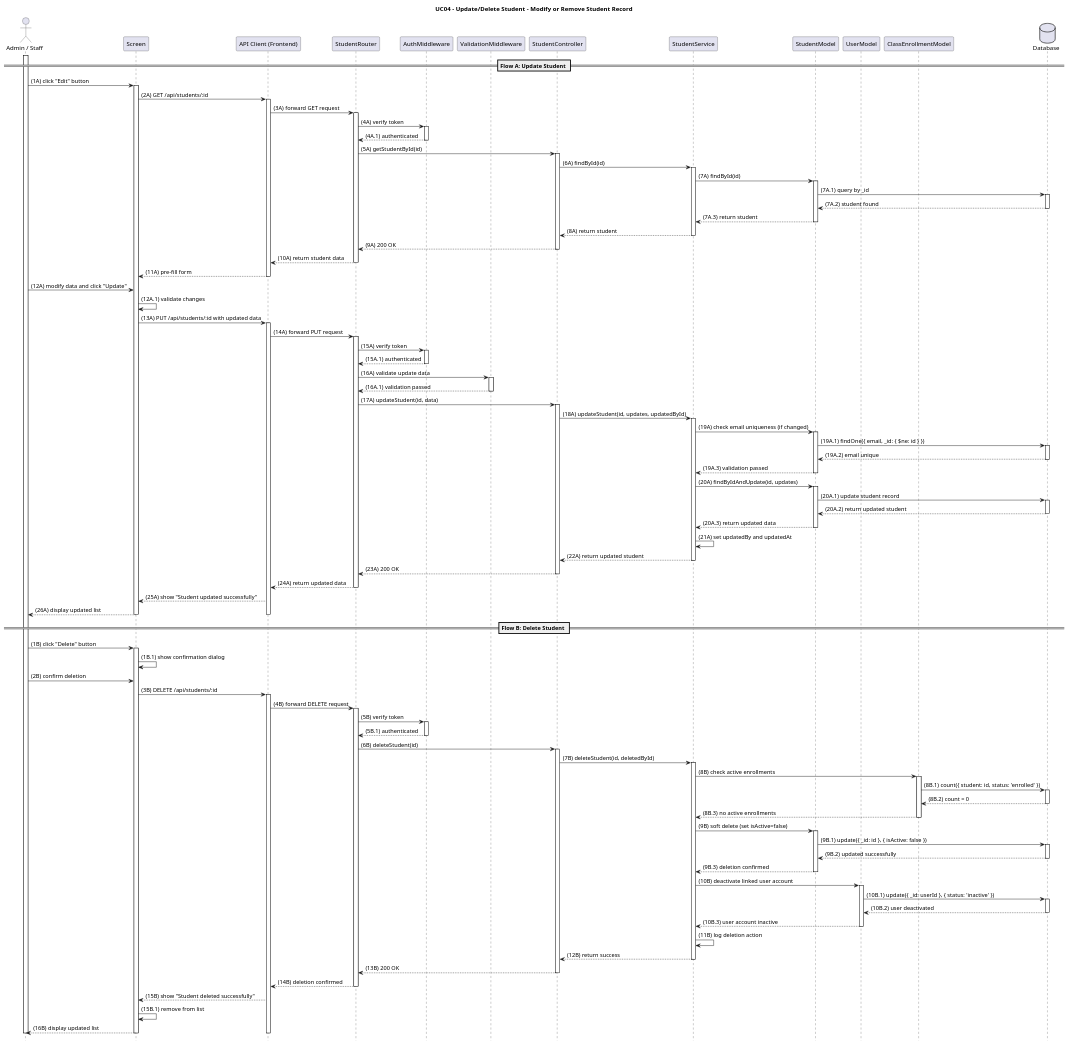
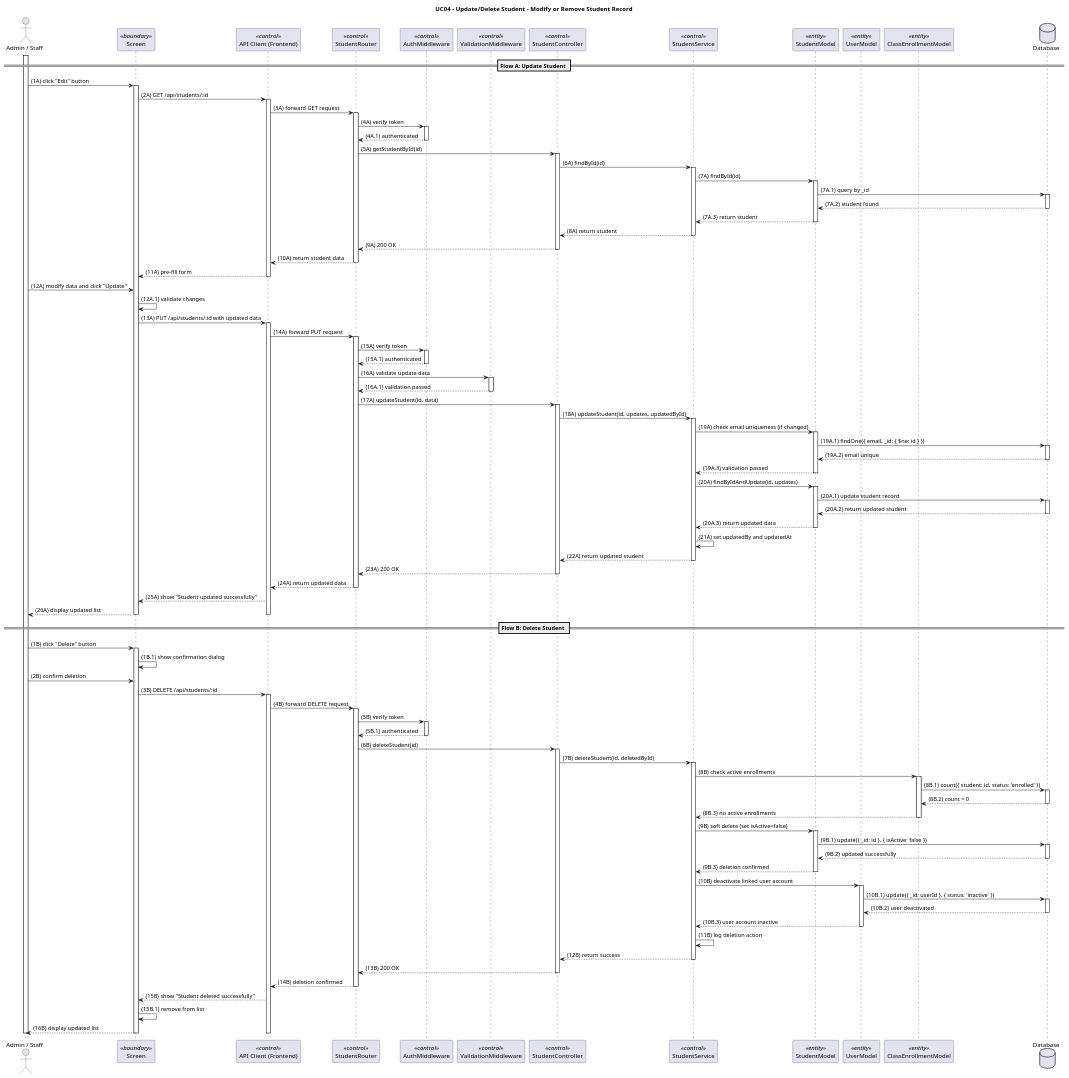
One commit to oanhntkce181400-poon/WDP391_SE1808_Group02_SSMS changed the diagram in backend-api/diagrams/UC04_Update_Delete_Student.puml. Above: the diagram before and after it, drawn with PlantUML. The commit also changed 38 other files, not shown here.

Commit message:
feat: stabilize enrollment, lecturer, and schedule flows

```diff
--- a/backend-api/diagrams/UC04_Update_Delete_Student.puml
+++ b/backend-api/diagrams/UC04_Update_Delete_Student.puml
@@ -1,162 +1,161 @@
 @startuml
 title UC04 - Update/Delete Student - Modify or Remove Student Record
 
-hide footbox
-
-actor PrimaryActor as "Admin / Staff"
-participant Screen as "Screen"
-participant APIClient as "API Client (Frontend)"
-participant StudentRouter as "StudentRouter"
-participant AuthMiddleware as "AuthMiddleware"
-participant ValidationMiddleware as "ValidationMiddleware"
-participant StudentController as "StudentController"
-participant StudentService as "StudentService"
-participant StudentModel as "StudentModel"
-participant UserModel as "UserModel"
-participant ClassEnrollmentModel as "ClassEnrollmentModel"
-database DB as "Database"
-
+skinparam participantStyle rectangle
+skinparam shadowing false
+actor "Admin / Staff" as PrimaryActor
+participant "Screen" as Screen <<boundary>>
+participant "API Client (Frontend)" as APIClient <<control>>
+participant "StudentRouter" as StudentRouter <<control>>
+participant "AuthMiddleware" as AuthMiddleware <<control>>
+participant "ValidationMiddleware" as ValidationMiddleware <<control>>
+participant "StudentController" as StudentController <<control>>
+participant "StudentService" as StudentService <<control>>
+participant "StudentModel" as StudentModel <<entity>>
+participant "UserModel" as UserModel <<entity>>
+participant "ClassEnrollmentModel" as ClassEnrollmentModel <<entity>>
+database "Database" as DB
 == Flow A: Update Student ==
 
 activate PrimaryActor
 PrimaryActor -> Screen: (1A) click "Edit" button
 activate Screen
 Screen -> APIClient: (2A) GET /api/students/:id
 activate APIClient
 APIClient -> StudentRouter: (3A) forward GET request
 activate StudentRouter
 StudentRouter -> AuthMiddleware: (4A) verify token
 activate AuthMiddleware
 AuthMiddleware --> StudentRouter: (4A.1) authenticated
 deactivate AuthMiddleware
 StudentRouter -> StudentController: (5A) getStudentById(id)
 activate StudentController
 StudentController -> StudentService: (6A) findById(id)
 activate StudentService
 StudentService -> StudentModel: (7A) findById(id)
 activate StudentModel
 StudentModel -> DB: (7A.1) query by _id
 activate DB
 DB --> StudentModel: (7A.2) student found
 deactivate DB
 StudentModel --> StudentService: (7A.3) return student
 deactivate StudentModel
 StudentService --> StudentController: (8A) return student
 deactivate StudentService
 StudentController --> StudentRouter: (9A) 200 OK
 deactivate StudentController
 StudentRouter --> APIClient: (10A) return student data
 deactivate StudentRouter
 APIClient --> Screen: (11A) pre-fill form
 deactivate APIClient
 
 PrimaryActor -> Screen: (12A) modify data and click "Update"
 Screen -> Screen: (12A.1) validate changes
 Screen -> APIClient: (13A) PUT /api/students/:id with updated data
 activate APIClient
 APIClient -> StudentRouter: (14A) forward PUT request
 activate StudentRouter
 StudentRouter -> AuthMiddleware: (15A) verify token
 activate AuthMiddleware
 AuthMiddleware --> StudentRouter: (15A.1) authenticated
 deactivate AuthMiddleware
 StudentRouter -> ValidationMiddleware: (16A) validate update data
 activate ValidationMiddleware
 ValidationMiddleware --> StudentRouter: (16A.1) validation passed
 deactivate ValidationMiddleware
 StudentRouter -> StudentController: (17A) updateStudent(id, data)
 activate StudentController
 StudentController -> StudentService: (18A) updateStudent(id, updates, updatedById)
 activate StudentService
 
 StudentService -> StudentModel: (19A) check email uniqueness (if changed)
 activate StudentModel
 StudentModel -> DB: (19A.1) findOne({ email, _id: { $ne: id } })
 activate DB
 DB --> StudentModel: (19A.2) email unique
 deactivate DB
 StudentModel --> StudentService: (19A.3) validation passed
 deactivate StudentModel
 
 StudentService -> StudentModel: (20A) findByIdAndUpdate(id, updates)
 activate StudentModel
 StudentModel -> DB: (20A.1) update student record
 activate DB
 DB --> StudentModel: (20A.2) return updated student
 deactivate DB
 StudentModel --> StudentService: (20A.3) return updated data
 deactivate StudentModel
 
 StudentService -> StudentService: (21A) set updatedBy and updatedAt
 StudentService --> StudentController: (22A) return updated student
 deactivate StudentService
 StudentController --> StudentRouter: (23A) 200 OK
 deactivate StudentController
 StudentRouter --> APIClient: (24A) return updated data
 deactivate StudentRouter
 APIClient --> Screen: (25A) show "Student updated successfully"
 Screen --> PrimaryActor: (26A) display updated list
 deactivate APIClient
 deactivate Screen
 
 == Flow B: Delete Student ==
 
 PrimaryActor -> Screen: (1B) click "Delete" button
 activate Screen
 Screen -> Screen: (1B.1) show confirmation dialog
 PrimaryActor -> Screen: (2B) confirm deletion
 Screen -> APIClient: (3B) DELETE /api/students/:id
 activate APIClient
 APIClient -> StudentRouter: (4B) forward DELETE request
 activate StudentRouter
 StudentRouter -> AuthMiddleware: (5B) verify token
 activate AuthMiddleware
 AuthMiddleware --> StudentRouter: (5B.1) authenticated
 deactivate AuthMiddleware
 StudentRouter -> StudentController: (6B) deleteStudent(id)
 activate StudentController
 StudentController -> StudentService: (7B) deleteStudent(id, deletedById)
 activate StudentService
 
 StudentService -> ClassEnrollmentModel: (8B) check active enrollments
 activate ClassEnrollmentModel
 ClassEnrollmentModel -> DB: (8B.1) count({ student: id, status: 'enrolled' })
 activate DB
 DB --> ClassEnrollmentModel: (8B.2) count = 0
 deactivate DB
 ClassEnrollmentModel --> StudentService: (8B.3) no active enrollments
 deactivate ClassEnrollmentModel
 
 StudentService -> StudentModel: (9B) soft delete (set isActive=false)
 activate StudentModel
 StudentModel -> DB: (9B.1) update({ _id: id }, { isActive: false })
 activate DB
 DB --> StudentModel: (9B.2) updated successfully
 deactivate DB
 StudentModel --> StudentService: (9B.3) deletion confirmed
 deactivate StudentModel
 
 StudentService -> UserModel: (10B) deactivate linked user account
 activate UserModel
 UserModel -> DB: (10B.1) update({ _id: userId }, { status: 'inactive' })
 activate DB
 DB --> UserModel: (10B.2) user deactivated
 deactivate DB
 UserModel --> StudentService: (10B.3) user account inactive
 deactivate UserModel
 
 StudentService -> StudentService: (11B) log deletion action
 StudentService --> StudentController: (12B) return success
 deactivate StudentService
 StudentController --> StudentRouter: (13B) 200 OK
 deactivate StudentController
 StudentRouter --> APIClient: (14B) deletion confirmed
 deactivate StudentRouter
 APIClient --> Screen: (15B) show "Student deleted successfully"
 Screen -> Screen: (15B.1) remove from list
 Screen --> PrimaryActor: (16B) display updated list
 deactivate Screen
 deactivate APIClient
 deactivate PrimaryActor
 
 @enduml
```
